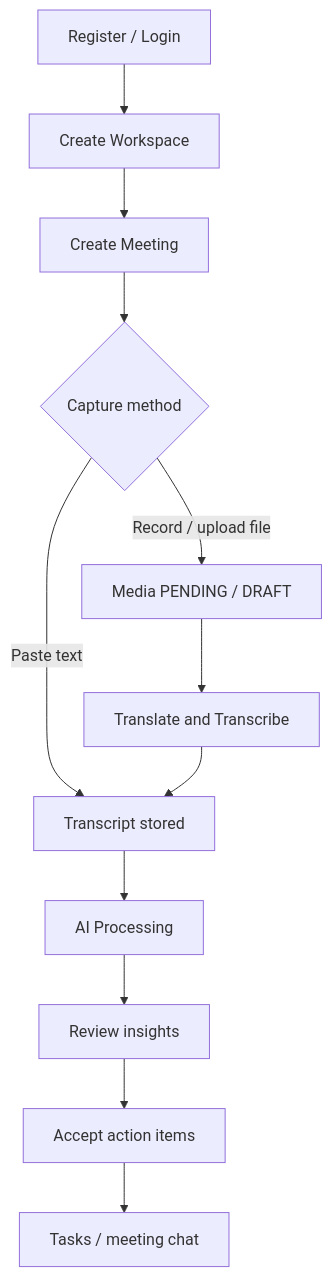
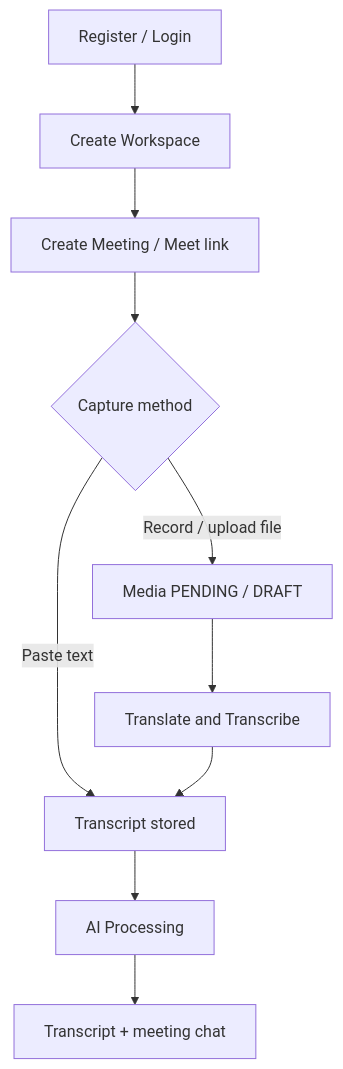
One commit to sumaiyabinterafiq97/AI-Meeting-Notes-Task-Manager changed the diagram in docs/mvp-definition.md. Above: the diagram before and after it, drawn with Mermaid. The commit also changed other lines of this file and 22 other files, not shown here.

Commit message:
docs: sync inventory, audits, and API/architecture to v0.7.2

````diff
--- a/docs/mvp-definition.md
+++ b/docs/mvp-definition.md
@@ -89,14 +94,12 @@
 ```mermaid
 flowchart TD
     A[Register / Login] --> B[Create Workspace]
-    B --> C[Create Meeting]
+    B --> C[Create Meeting / Meet link]
     C --> D{Capture method}
     D -->|Paste text| E[Transcript stored]
     D -->|Record / upload file| F[Media PENDING / DRAFT]
     F --> G[Translate and Transcribe]
     G --> E
     E --> H[AI Processing]
-    H --> I[Review insights]
-    I --> J[Accept action items]
-    J --> K[Tasks / meeting chat]
+    H --> I[Transcript + meeting chat]
 ```
````
